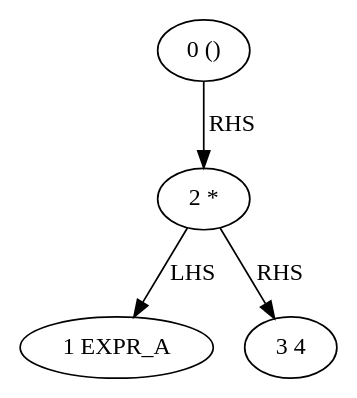
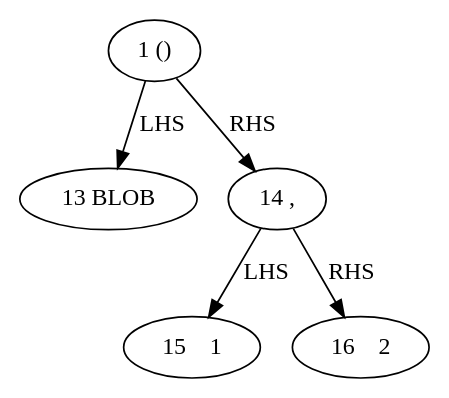
The diagram in dot/preprocessor_tree.dot (Thewbi/stm8_asm), drawn with Graphviz before and after one commit. The commit also changed 9 other files, not shown here.

```diff
--- a/dot/preprocessor_tree.dot
+++ b/dot/preprocessor_tree.dot
@@ -1,9 +1,11 @@
 digraph {
-0 [label="0 ()"]
-2 [label="2 *"]
-1 [label="1 EXPR_A"]
-2 -> 1 [label="LHS"]
-3 [label="3 4"]
-2 -> 3 [label="RHS"]
-0 -> 2 [label="RHS"]
+1 [label="1 ()"]
+13 [label="13 BLOB"]
+1 -> 13 [label="LHS"]
+14 [label="14 ,"]
+15 [label="15    1"]
+14 -> 15 [label="LHS"]
+16 [label="16    2"]
+14 -> 16 [label="RHS"]
+1 -> 14 [label="RHS"]
 }
```
